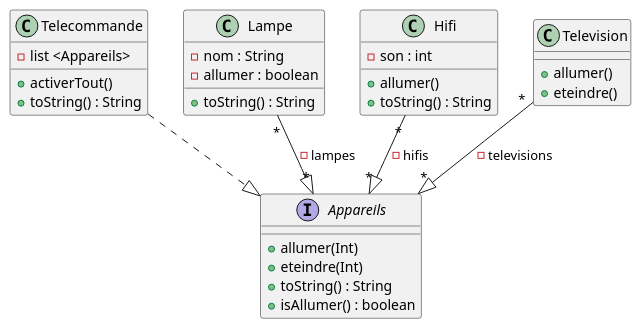
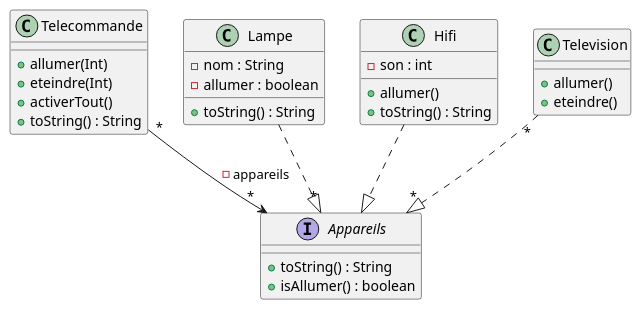
The diagram in images/Q8.puml (Antonin10800/2022_coo_domotique_Robert_Akir_Ayred), drawn with PlantUML before and after one commit.

Commit message:
Continue UML

```diff
--- a/images/Q8.puml
+++ b/images/Q8.puml
@@ -1,42 +1,42 @@
 @startuml
 'https://plantuml.com/sequence-diagram
 
 
 class Telecommande{
-    - list <Appareils>
 
 
+   + allumer(Int)
+   + eteindre(Int)
    + activerTout()
    + toString() : String
 }
 class (Lampe){
 - nom : String
 - allumer : boolean
 
 + toString() : String
 
 }
 class Hifi{
 - son : int
 + allumer()
 + toString() : String
 }
 
 class Television{
 
 +allumer()
 +eteindre()
 }
 
 interface Appareils{
-+ allumer(Int)
-+ eteindre(Int)
+
 + toString() : String
 + isAllumer() : boolean
 }
 
-Hifi"*" --|> "*"Appareils : - hifis
-Lampe "*"--|>"*" Appareils : -lampes
-Television "*"--|>"*" Appareils : -televisions
-Telecommande ..|>   Appareils
+Hifi ..|> Appareils
+Lampe ..|>"*" Appareils
+Television "*"..|>"*" Appareils
+Telecommande "*" --> "*"  Appareils : - appareils
 @enduml
```
